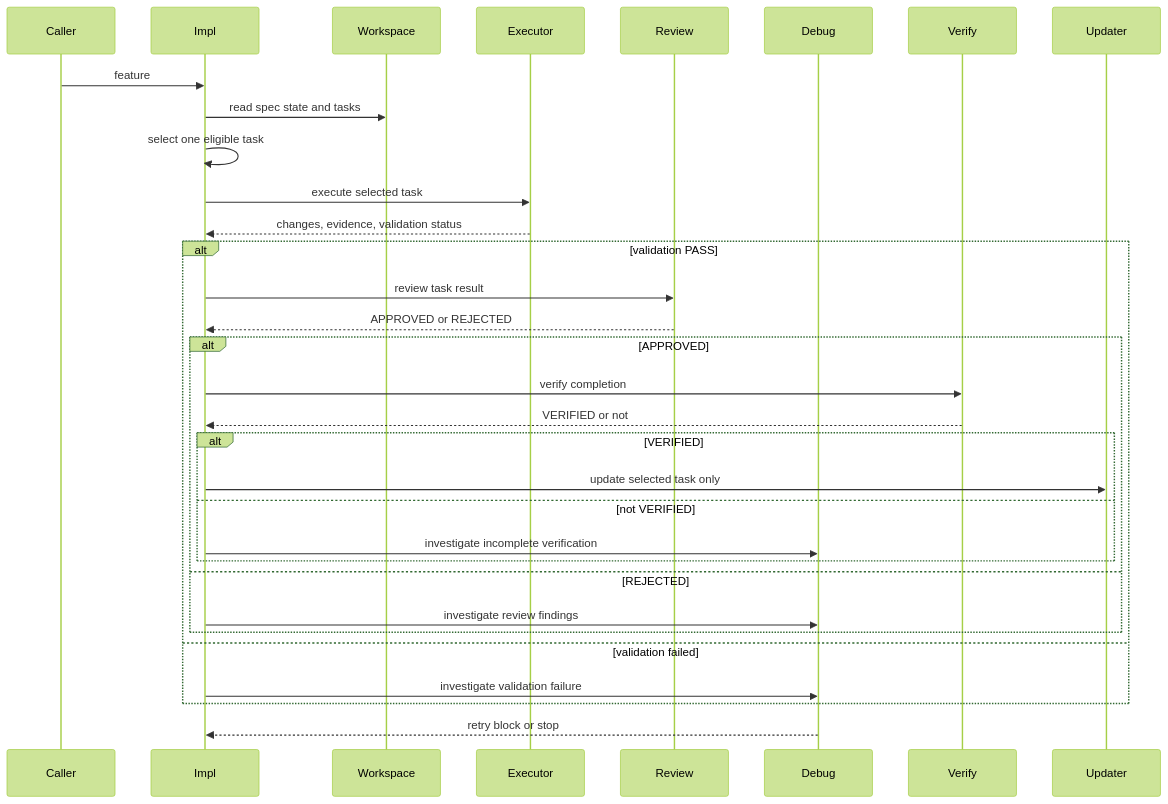
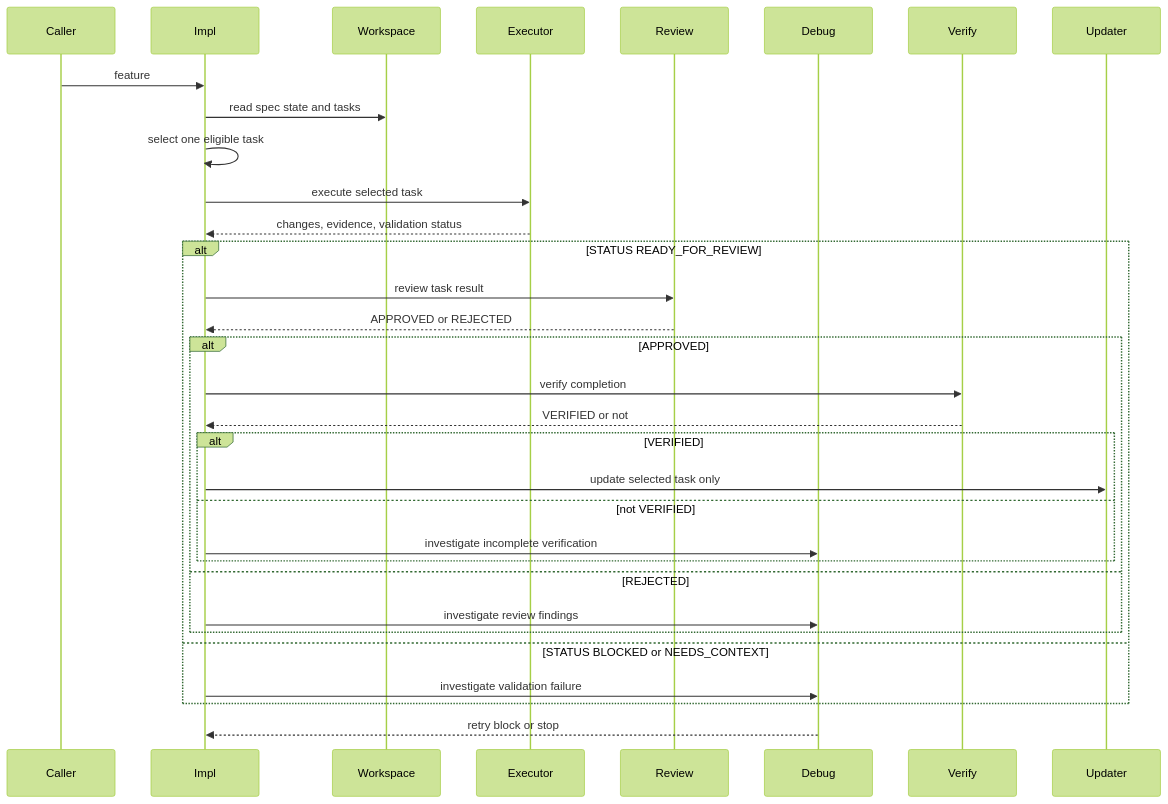
The second of 3 diagrams in .kiro/specs/kiro-iterative-implementation-workflow/design.md (j5ik2o/takt-sdd), drawn with Mermaid (forest theme) before and after one commit. The commit also changed other lines of this file and 28 other files, not shown here.

````diff
--- a/.kiro/specs/kiro-iterative-implementation-workflow/design.md
+++ b/.kiro/specs/kiro-iterative-implementation-workflow/design.md
@@ -202,34 +207,34 @@
 ```mermaid
 sequenceDiagram
     participant Caller
     participant Impl
     participant Workspace
     participant Executor
     participant Review
     participant Debug
     participant Verify
     participant Updater
     Caller->>Impl: feature
     Impl->>Workspace: read spec state and tasks
     Impl->>Impl: select one eligible task
     Impl->>Executor: execute selected task
     Executor-->>Impl: changes, evidence, validation status
-    alt validation PASS
+    alt STATUS READY_FOR_REVIEW
         Impl->>Review: review task result
         Review-->>Impl: APPROVED or REJECTED
         alt APPROVED
             Impl->>Verify: verify completion
             Verify-->>Impl: VERIFIED or not
             alt VERIFIED
                 Impl->>Updater: update selected task only
             else not VERIFIED
                 Impl->>Debug: investigate incomplete verification
             end
         else REJECTED
             Impl->>Debug: investigate review findings
         end
-    else validation failed
+    else STATUS BLOCKED or NEEDS_CONTEXT
         Impl->>Debug: investigate validation failure
     end
     Debug-->>Impl: retry block or stop
 ```
````
